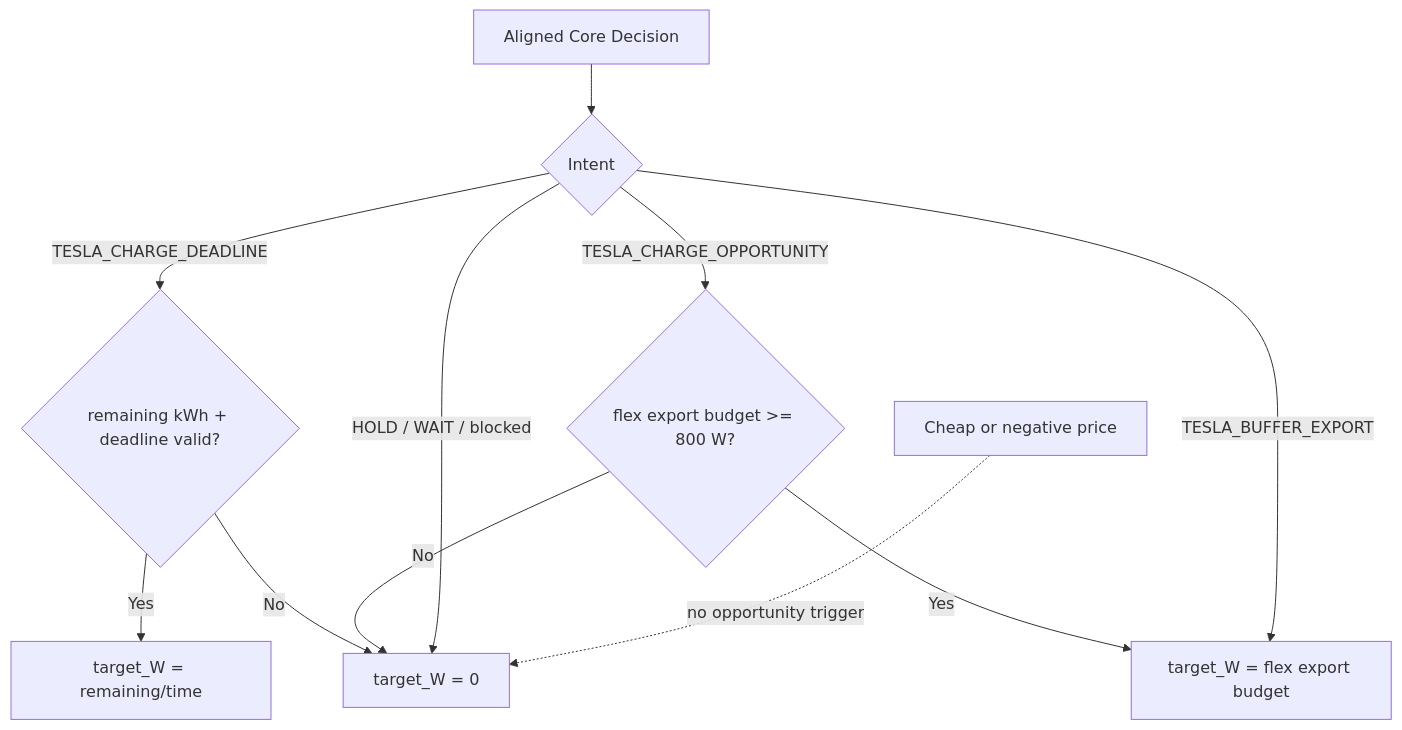
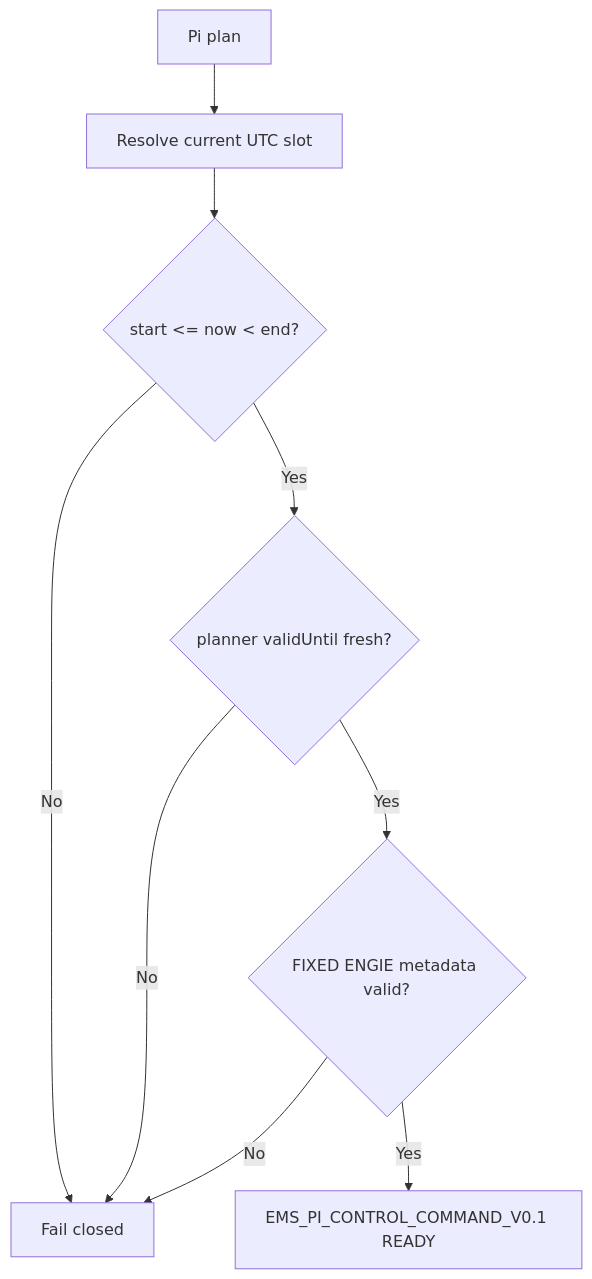
One commit to OnsKasteeltje/homey-energy-manual changed the third of 5 diagrams in docs/software-architecture/flows/planner-power-intent-flow.md. Above: the diagram before and after it, drawn with Mermaid. The commit also changed other lines of this file, not shown here.

Commit message:
docs: align planner and Power Intent flow diagrams with Pi production chain

````diff
--- a/docs/software-architecture/flows/planner-power-intent-flow.md
+++ b/docs/software-architecture/flows/planner-power-intent-flow.md
@@ -216,13 +104,11 @@
 ```mermaid
 flowchart TD
-    A[Aligned Core Decision] --> B{Intent}
-    B -->|TESLA_CHARGE_DEADLINE| C{remaining kWh + deadline valid?}
-    C -->|Yes| D[target_W = remaining/time]
-    C -->|No| E[target_W = 0]
-    B -->|TESLA_CHARGE_OPPORTUNITY| F{flex export budget >= 800 W?}
-    F -->|Yes| G[target_W = flex export budget]
-    F -->|No| E
-    B -->|TESLA_BUFFER_EXPORT| G
-    B -->|HOLD / WAIT / blocked| E
-    H[Cheap or negative price] -. no opportunity trigger .-> E
+    A[Pi plan] --> B[Resolve current UTC slot]
+    B --> C{start <= now < end?}
+    C -->|No| D[Fail closed]
+    C -->|Yes| E{planner validUntil fresh?}
+    E -->|No| D
+    E -->|Yes| F{FIXED ENGIE metadata valid?}
+    F -->|No| D
+    F -->|Yes| G[EMS_PI_CONTROL_COMMAND_V0.1 READY]
 ```
````
